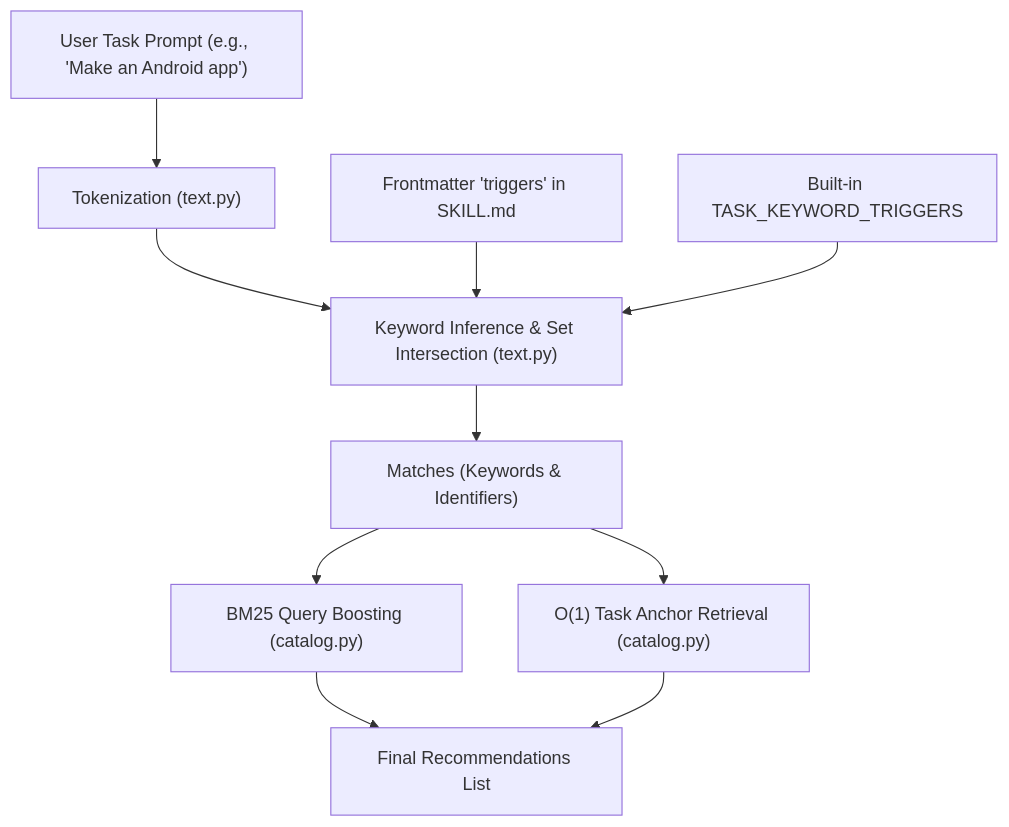
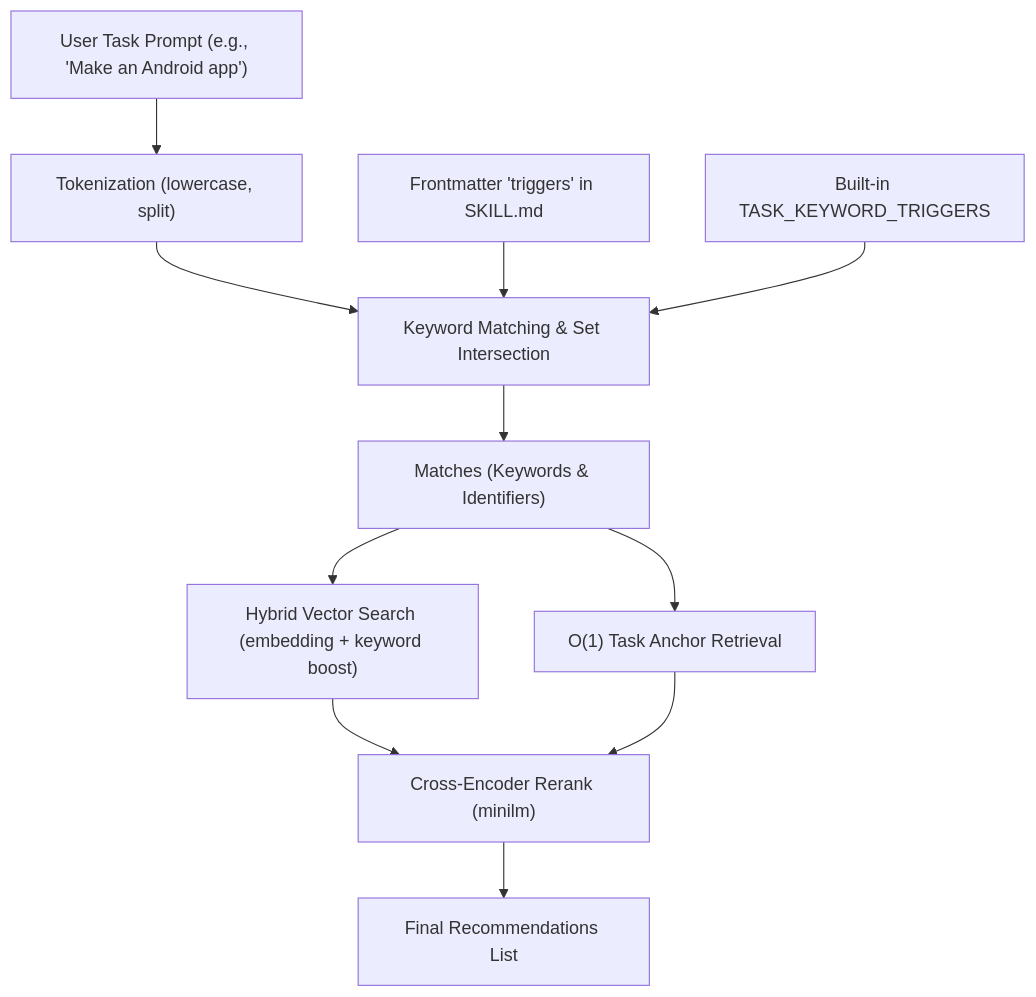
The diagram in docs/reference/auto-skill-discovery.md (JunMystery/Agent-Guidance-Rust), drawn with Mermaid before and after one commit. The commit also changed other lines of this file and 9 other files, not shown here.

````diff
--- a/docs/reference/auto-skill-discovery.md
+++ b/docs/reference/auto-skill-discovery.md
@@ -11,12 +9,13 @@
 ```mermaid
 graph TD
-    A["User Task Prompt (e.g., 'Make an Android app')"] --> B["Tokenization (text.py)"]
-    B --> C["Keyword Inference & Set Intersection (text.py)"]
+    A["User Task Prompt (e.g., 'Make an Android app')"] --> B["Tokenization (lowercase, split)"]
+    B --> C["Keyword Matching & Set Intersection"]
     D["Frontmatter 'triggers' in SKILL.md"] --> C
     E["Built-in TASK_KEYWORD_TRIGGERS"] --> C
     C --> F["Matches (Keywords & Identifiers)"]
-    F --> G["BM25 Query Boosting (catalog.py)"]
-    F --> H["O(1) Task Anchor Retrieval (catalog.py)"]
-    G --> I["Final Recommendations List"]
+    F --> G["Hybrid Vector Search (embedding + keyword boost)"]
+    F --> H["O(1) Task Anchor Retrieval"]
+    G --> I["Cross-Encoder Rerank (minilm)"]
     H --> I
+    I --> J["Final Recommendations List"]
 ```
````
